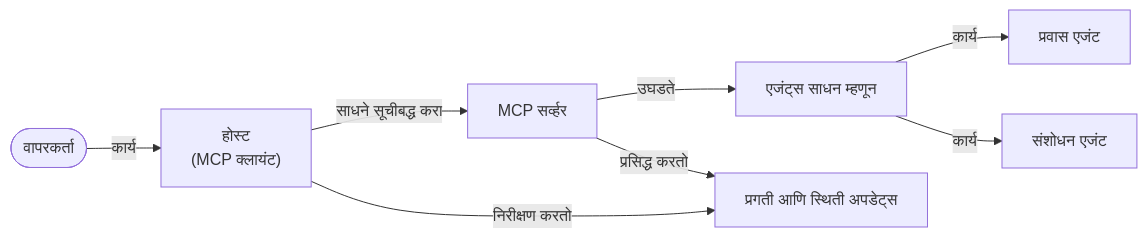
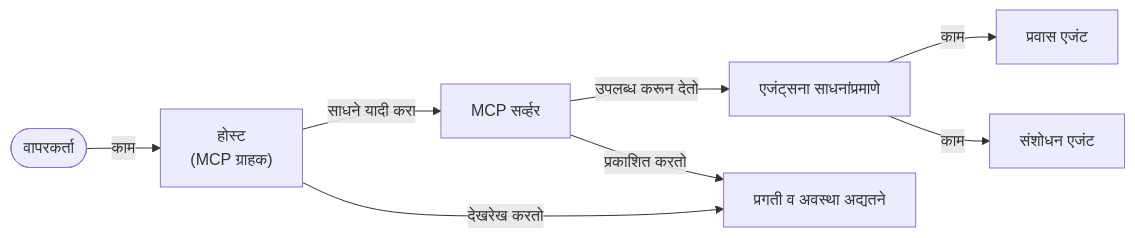
Before and after one commit to gabrielmoreira/agent-skills-mirror: the fifth of 5 diagrams in mirrors/repos/microsoft@ai-agents-for-beginners/translations/mr/11-agentic-protocols/code_samples/mcp-agents/README.md, drawn with Mermaid. The commit also changed other lines of this file and 4262 other files, not shown here.

````diff
--- a/mirrors/repos/microsoft@ai-agents-for-beginners/translations/mr/11-agentic-protocols/code_samples/mcp-agents/README.md
+++ b/mirrors/repos/microsoft@ai-agents-for-beginners/translations/mr/11-agentic-protocols/code_samples/mcp-agents/README.md
@@ -433,15 +448,15 @@
 ```mermaid
 graph LR
-    User([वापरकर्ता]) -->|"कार्य"| Host["होस्ट<br/>(MCP क्लायंट)"]
-    Host -->|साधने सूचीबद्ध करा| Server[MCP सर्व्हर]
-    Server -->|उघडते| AgentsTools[एजंट्स साधन म्हणून]
-    AgentsTools -->|कार्य| AgentA[प्रवास एजंट]
-    AgentsTools -->|कार्य| AgentB[संशोधन एजंट]
+    User([वापरकर्ता]) -->|"काम"| Host["होस्ट<br/>(MCP ग्राहक)"]
+    Host -->|साधने यादी करा| Server[MCP सर्व्हर]
+    Server -->|उपलब्ध करून देतो| AgentsTools[एजंट्सना साधनांप्रमाणे]
+    AgentsTools -->|काम| AgentA[प्रवास एजंट]
+    AgentsTools -->|काम| AgentB[संशोधन एजंट]
 
-    Host -->|निरीक्षण करतो| StateUpdates[प्रगती आणि स्थिती अपडेट्स]
-    Server -->|प्रसिद्ध करतो| StateUpdates
+    Host -->|देखरेख करतो| StateUpdates[प्रगती व अवस्था अद्यतने]
+    Server -->|प्रकाशित करतो| StateUpdates
 
     class User user;
     class AgentA,AgentB agent;
     class Host,Server,StateUpdates core;
 ```
````
